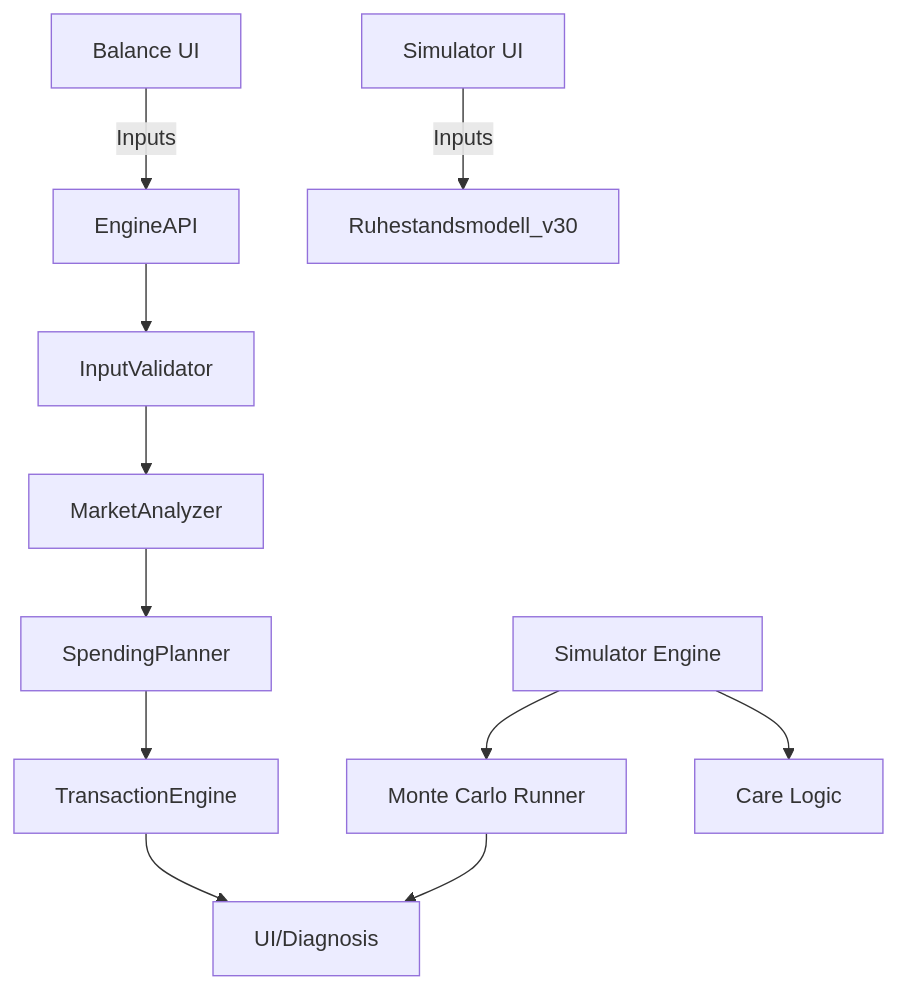
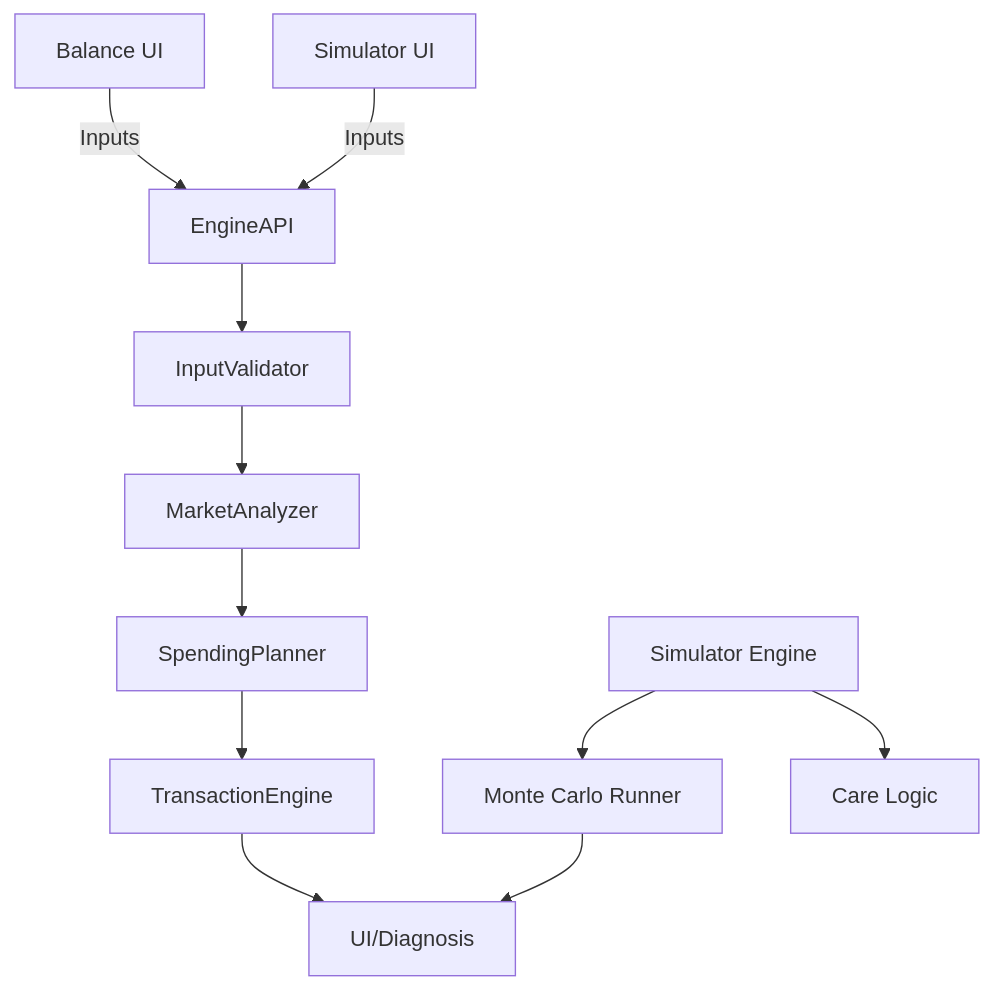
The diagram in audit/report.md (dieteresser62-lab/Ruhestand-App-Final), drawn with Mermaid before and after one commit. The commit also changed 22 other files, not shown here.

Commit message:
Remove legacy simulator adapter and consolidate EngineAPI

````diff
--- a/audit/report.md
+++ b/audit/report.md
@@ -11,13 +11,13 @@
 ```mermaid
 graph TD
   UI_Balance[Balance UI] -->|Inputs| EngineAPI
-  UI_Simulator[Simulator UI] -->|Inputs| Ruhestandsmodell_v30
+  UI_Simulator[Simulator UI] -->|Inputs| EngineAPI
   EngineAPI --> Validator[InputValidator]
   Validator --> Market[MarketAnalyzer]
   Market --> Planner[SpendingPlanner]
   Planner --> Trans[TransactionEngine]
   Trans --> Results[UI/Diagnosis]
   SimulatorEngine[Simulator Engine] --> MonteCarlo[Monte Carlo Runner]
   SimulatorEngine --> Pflege[Care Logic]
   MonteCarlo --> Results
 ```
````
